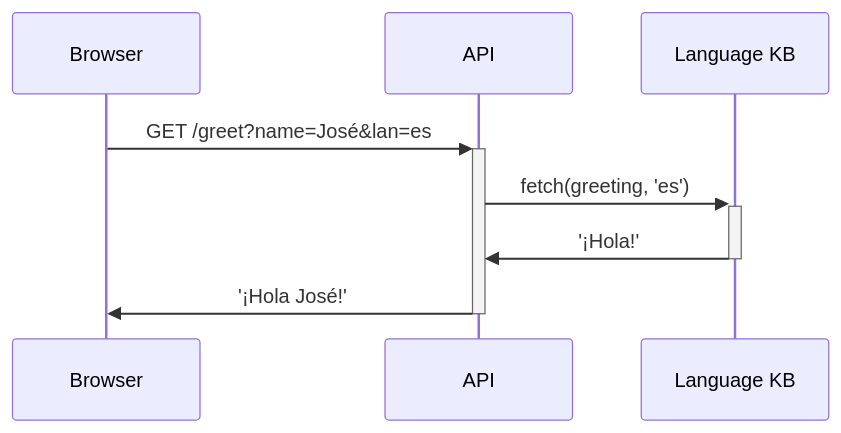
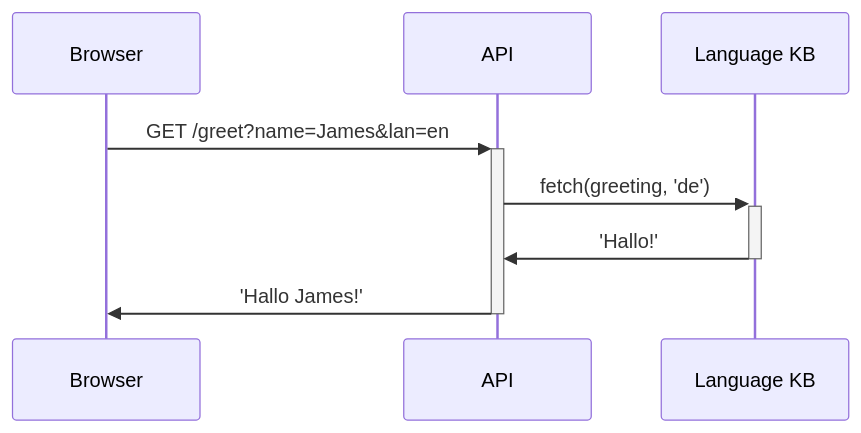
One commit to roozbehf/diagram-mermaid-example changed the diagram in example.mmd. Above: the diagram before and after it, drawn with Mermaid.

Commit message:
change language to DE in the example

```diff
--- a/example.mmd
+++ b/example.mmd
@@ -1,10 +1,10 @@
 sequenceDiagram
     participant B as Browser
     participant A as API
     participant C as Language KB
 
-    B ->> +A: GET /greet?name=José&lan=es
-    A ->> +C: fetch(greeting, 'es')
+    B ->> +A: GET /greet?name=James&lan=en
+    A ->> +C: fetch(greeting, 'de')
 
-    C ->> -A: '¡Hola!'
-    A ->> -B: '¡Hola José!'
+    C ->> -A: 'Hallo!'
+    A ->> -B: 'Hallo James!'
```
